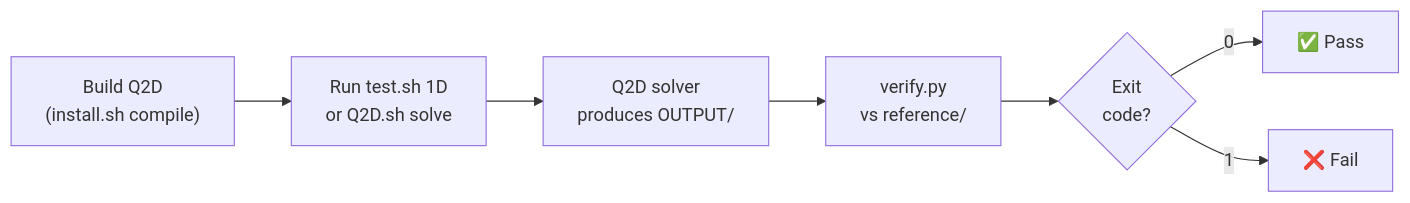
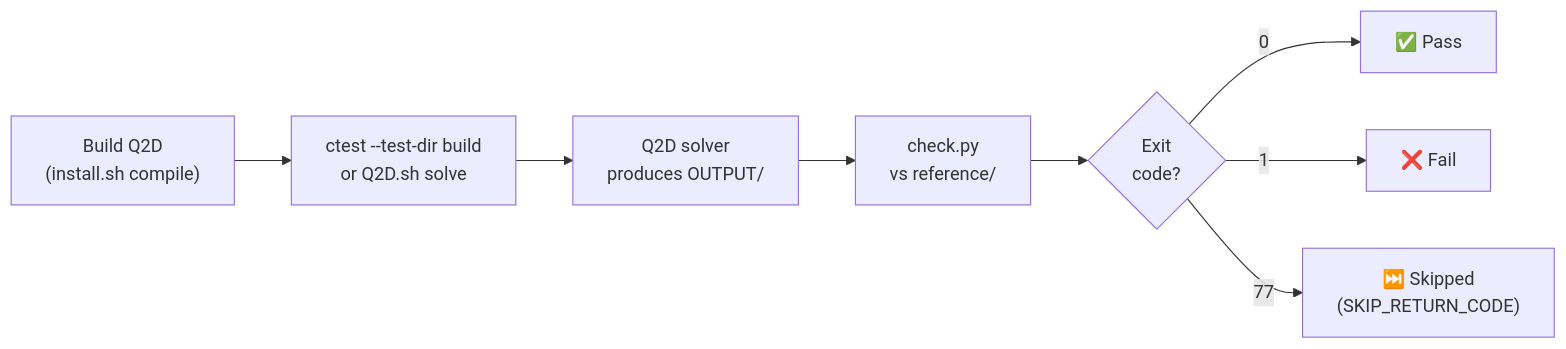
One commit to open-hydra/Q2D changed the diagram in docs/development/testing.md. Above: the diagram before and after it, drawn with Mermaid. The commit also changed other lines of this file and 291 other files, not shown here.

````diff
--- a/docs/development/testing.md
+++ b/docs/development/testing.md
@@ -133,9 +184,10 @@
 ```mermaid
 flowchart LR
-    Build["Build Q2D<br/>(install.sh compile)"] --> Run["Run test.sh 1D<br/>or Q2D.sh solve"]
+    Build["Build Q2D<br/>(install.sh compile)"] --> Run["ctest --test-dir build<br/>or Q2D.sh solve"]
     Run --> Solve["Q2D solver<br/>produces OUTPUT/"]
-    Solve --> Compare["verify.py<br/>vs reference/"]
+    Solve --> Compare["check.py<br/>vs reference/"]
     Compare --> Pass{"Exit<br/>code?"}
     Pass -->|0| OK["✅ Pass"]
     Pass -->|1| Fail["❌ Fail"]
+    Pass -->|77| Skip["⏭️ Skipped<br/>(SKIP_RETURN_CODE)"]
 ```
````
